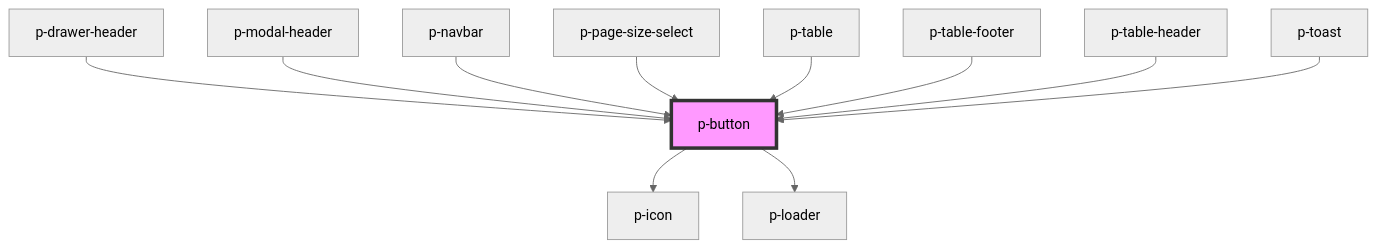
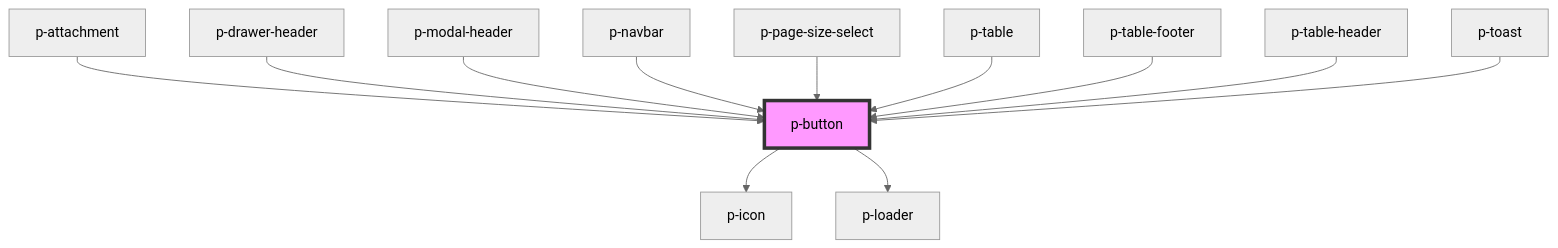
The diagram in packages/core/src/components/atoms/button/readme.md (Employes/paperless), drawn with Mermaid (neutral theme) before and after one commit. The commit also changed other lines of this file and 4 other files, not shown here.

````diff
--- a/packages/core/src/components/atoms/button/readme.md
+++ b/packages/core/src/components/atoms/button/readme.md
@@ -54,14 +55,15 @@
 ```mermaid
 graph TD;
   p-button --> p-icon
   p-button --> p-loader
+  p-attachment --> p-button
   p-drawer-header --> p-button
   p-modal-header --> p-button
   p-navbar --> p-button
   p-page-size-select --> p-button
   p-table --> p-button
   p-table-footer --> p-button
   p-table-header --> p-button
   p-toast --> p-button
   style p-button fill:#f9f,stroke:#333,stroke-width:4px
 ```
````
